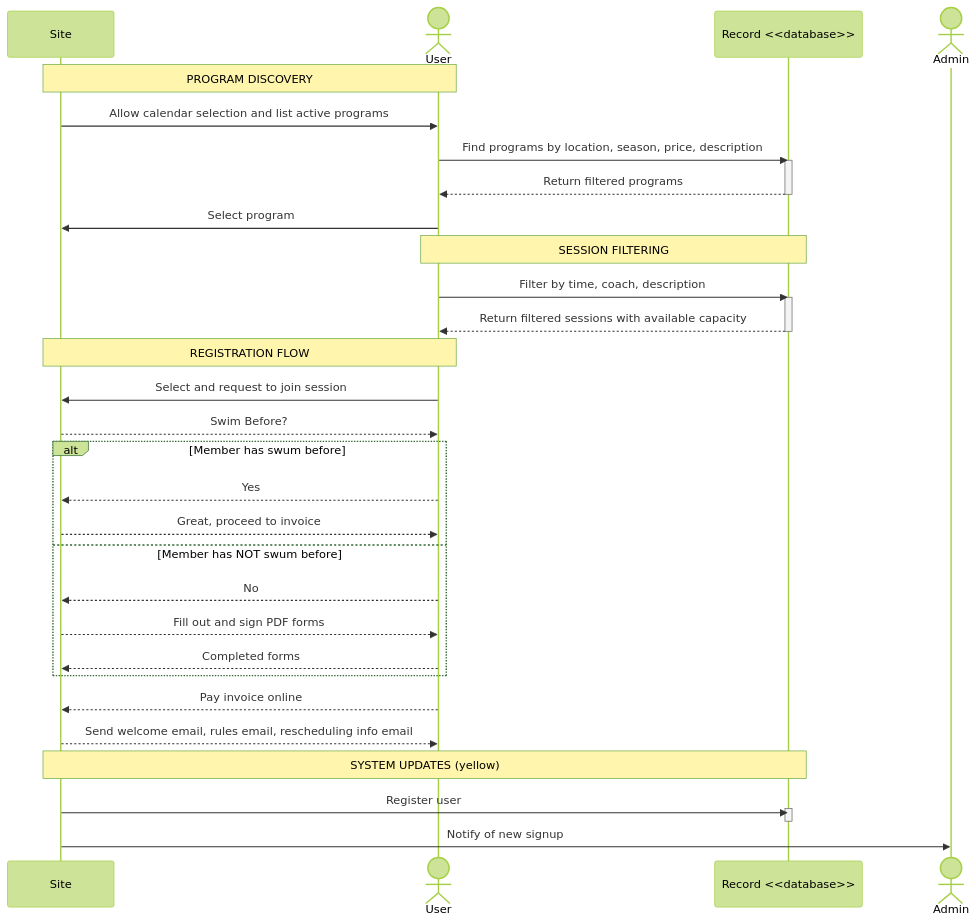
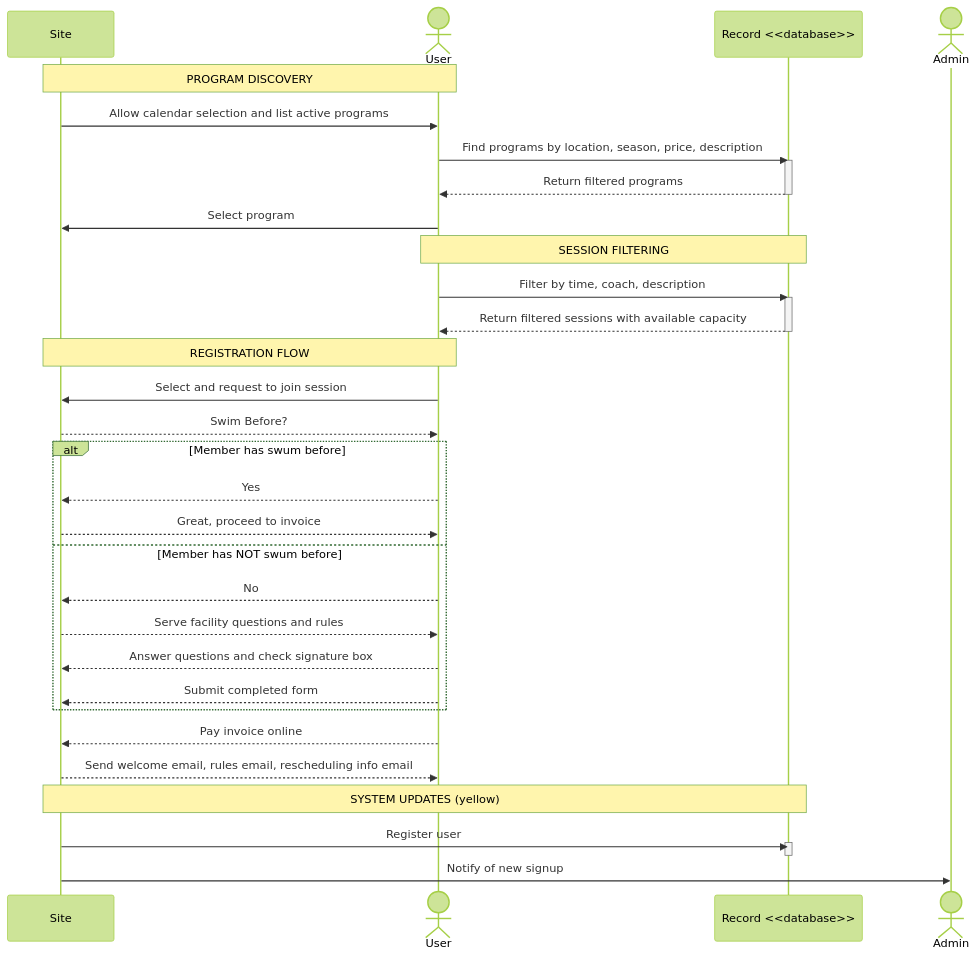
The diagram in docs/sequence/new-signup.mmd (pbaletkeman/swimlane), drawn with Mermaid (forest theme) before and after one commit. The commit also changed 2 other files, not shown here.

Commit message:
docs: replace PDF round-trip with web-form flow in diagram

```diff
--- a/docs/sequence/new-signup.mmd
+++ b/docs/sequence/new-signup.mmd
@@ -1,48 +1,49 @@
 sequenceDiagram
     participant Site
     actor User
     participant Record as Record <<database>>
     actor Admin
 
     %% === MEMBER PROGRAM DISCOVERY ===
     Note over Site,User: PROGRAM DISCOVERY
     Site->>User: Allow calendar selection and list active programs
 
     User->>Record: Find programs by location, season, price, description
     activate Record
     Record-->>User: Return filtered programs
     deactivate Record
 
     User->>Site: Select program
 
     %% === SESSION FILTERING ===
     Note over User,Record: SESSION FILTERING
     User->>Record: Filter by time, coach, description
     activate Record
     Record-->>User: Return filtered sessions with available capacity
     deactivate Record
 
     %% === REGISTRATION FLOW ===
     Note over Site,User: REGISTRATION FLOW
     User->>Site: Select and request to join session
     Site-->>User: Swim Before?
 
     alt Member has swum before
         User-->>Site: Yes
         Site-->>User: Great, proceed to invoice
     else Member has NOT swum before
         User-->>Site: No
-        Site-->>User: Fill out and sign PDF forms
-        User-->>Site: Completed forms
+        Site-->>User: Serve facility questions and rules
+        User-->>Site: Answer questions and check signature box
+        User-->>Site: Submit completed form
     end
 
     User-->>Site: Pay invoice online
     Site-->>User: Send welcome email, rules email, rescheduling info email
 
     %% === SYSTEM UPDATES ===
     Note over Site,Record: SYSTEM UPDATES (yellow)
     Site->>Record: Register user
     activate Record
     deactivate Record
 
     Site->>Admin: Notify of new signup
```
